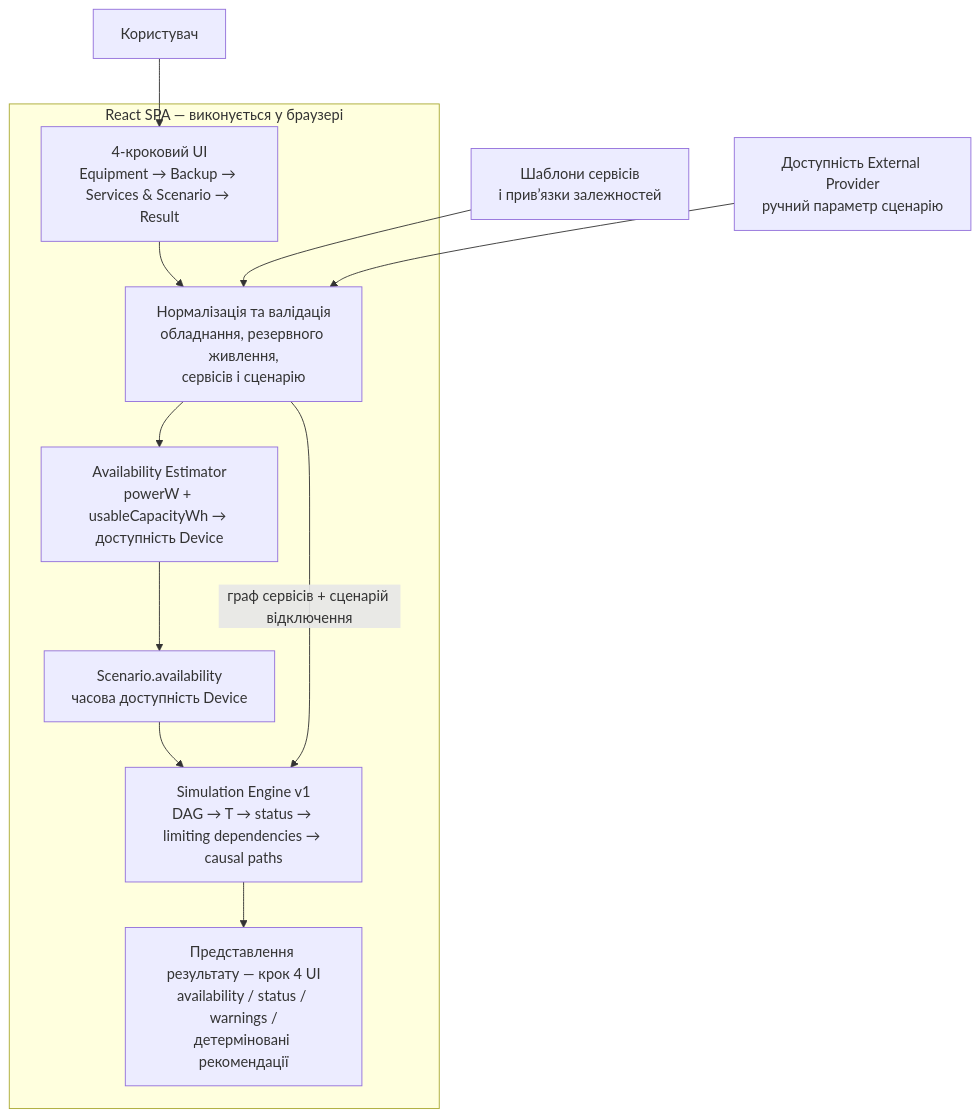
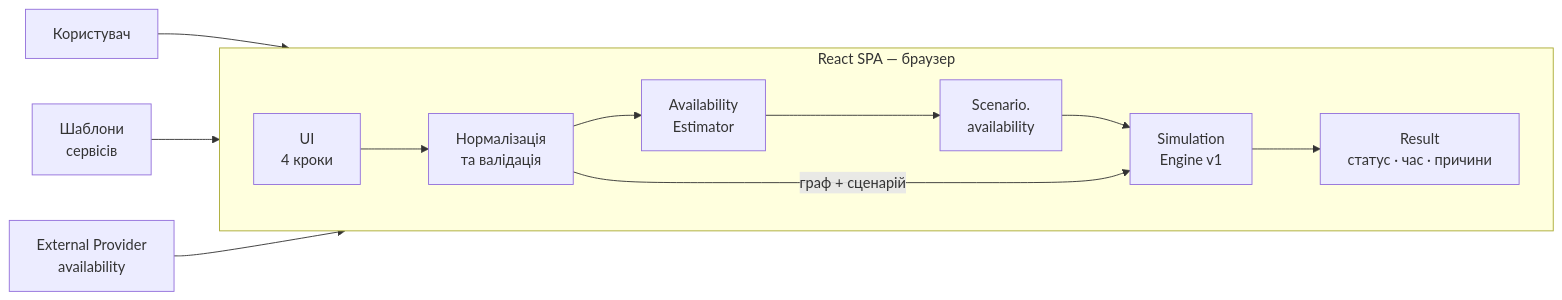
The diagram in docs/diagrams/mvp-architecture.md (Serhii-Palamarchuk/capstone-household-service-availability), drawn with Mermaid before and after one commit. The commit also changed other lines of this file, not shown here.

Commit message:
docs: make MVP architecture diagram screenshot-friendly

````diff
--- a/docs/diagrams/mvp-architecture.md
+++ b/docs/diagrams/mvp-architecture.md
@@ -5,26 +3,27 @@
 ```mermaid
-flowchart TB
+flowchart LR
     U["Користувач"]
-    ST["Шаблони сервісів<br/>і прив’язки залежностей"]
-    EP["Доступність External Provider<br/>ручний параметр сценарію"]
+    ST["Шаблони<br/>сервісів"]
+    EP["External Provider<br/>availability"]
 
-    subgraph SPA["React SPA — виконується у браузері"]
-        UI["4-кроковий UI<br/>Equipment → Backup → Services & Scenario → Result"]
-        V["Нормалізація та валідація<br/>обладнання, резервного живлення,<br/>сервісів і сценарію"]
-        AE["Availability Estimator<br/>powerW + usableCapacityWh → доступність Device"]
-        SA["Scenario.availability<br/>часова доступність Device"]
-        SE["Simulation Engine v1<br/>DAG → T → status → limiting dependencies → causal paths"]
-        R["Представлення результату — крок 4 UI<br/>availability / status / warnings /<br/>детерміновані рекомендації"]
+    subgraph SPA["React SPA — браузер"]
+        direction LR
+        UI["UI<br/>4 кроки"]
+        V["Нормалізація<br/>та валідація"]
+        AE["Availability<br/>Estimator"]
+        SA["Scenario.<br/>availability"]
+        SE["Simulation<br/>Engine v1"]
+        R["Result<br/>статус · час · причини"]
 
         UI --> V
         V --> AE
         AE --> SA
         SA --> SE
-        V -->|граф сервісів + сценарій відключення| SE
+        V -->|граф + сценарій| SE
         SE --> R
     end
 
     U --> UI
     ST --> V
     EP --> V
 ```
````
